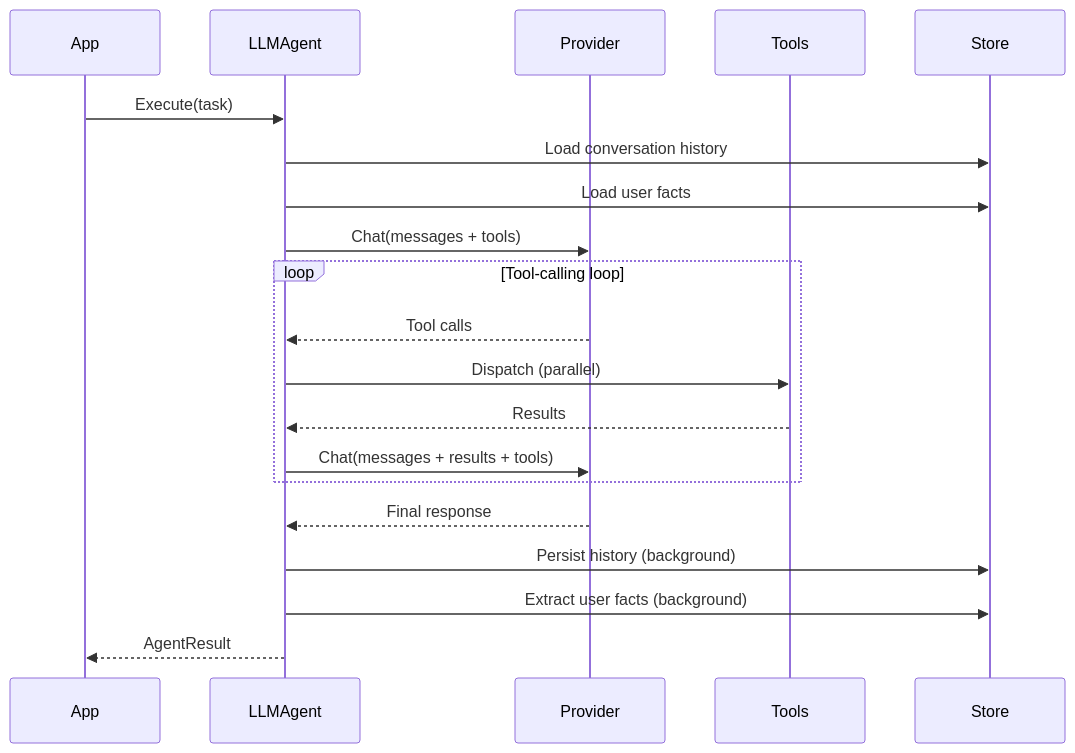
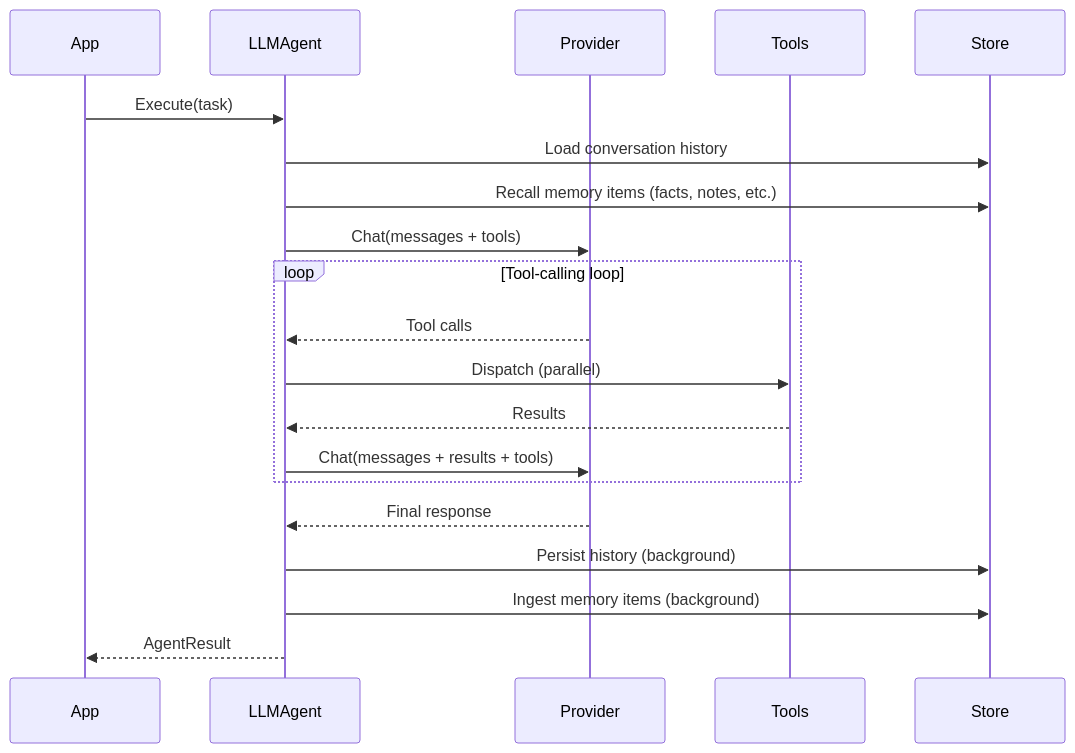
The second of 9 diagrams in docs/index.md (dreamid27/oasis), drawn with Mermaid before and after one commit. The commit also changed other lines of this file and 76 other files, not shown here.

````diff
--- a/docs/index.md
+++ b/docs/index.md
@@ -110,25 +110,25 @@
 ```mermaid
 sequenceDiagram
     participant App
     participant Agent as LLMAgent
     participant LLM as Provider
     participant T as Tools
     participant S as Store
 
     App->>Agent: Execute(task)
     Agent->>S: Load conversation history
-    Agent->>S: Load user facts
+    Agent->>S: Recall memory items (facts, notes, etc.)
     Agent->>LLM: Chat(messages + tools)
 
     loop Tool-calling loop
         LLM-->>Agent: Tool calls
         Agent->>T: Dispatch (parallel)
         T-->>Agent: Results
         Agent->>LLM: Chat(messages + results + tools)
     end
 
     LLM-->>Agent: Final response
     Agent->>S: Persist history (background)
-    Agent->>S: Extract user facts (background)
+    Agent->>S: Ingest memory items (background)
     Agent-->>App: AgentResult
 ```
````
